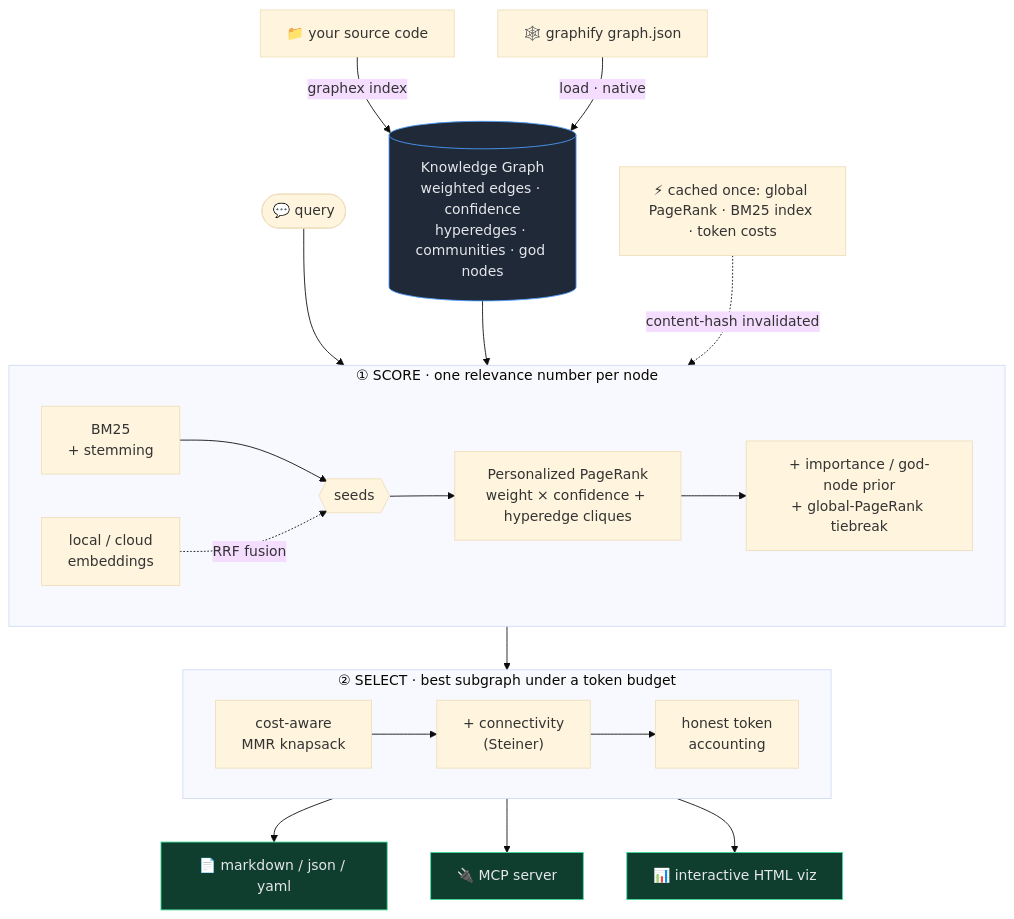
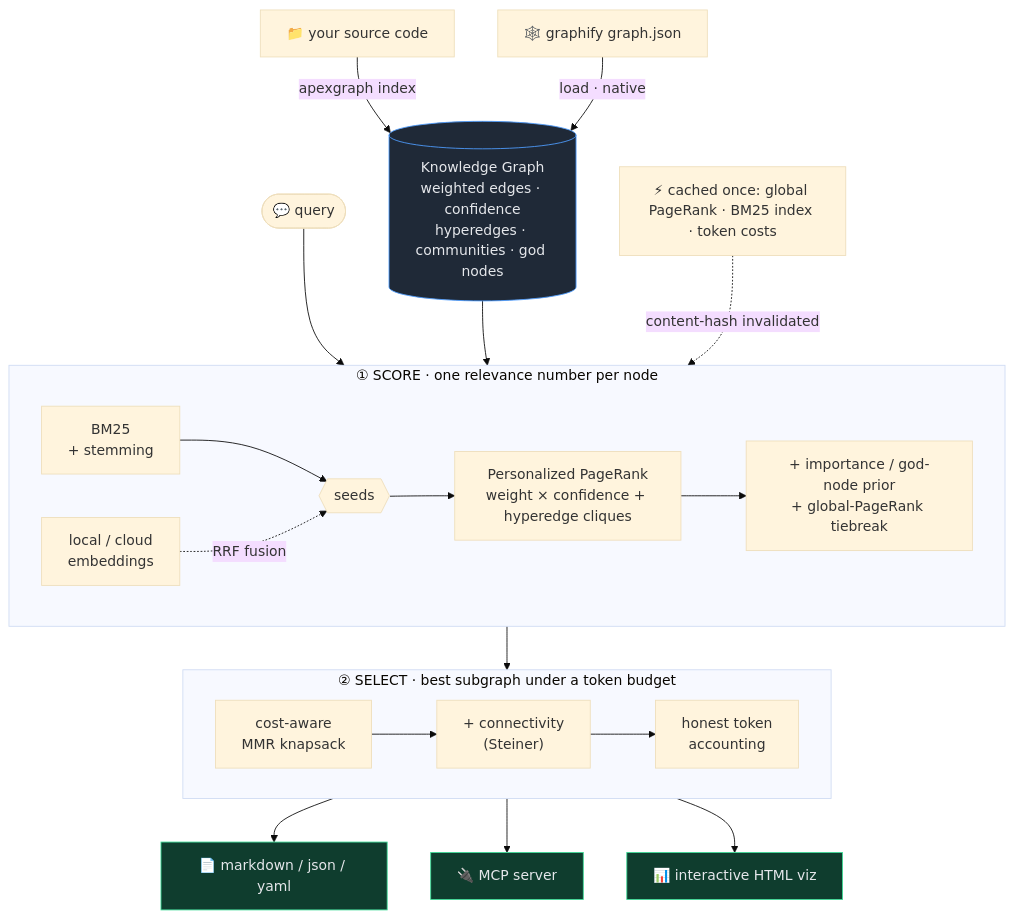
Before and after one commit to alfonsomayoral/apexgraph: the diagram in README.md, drawn with Mermaid (base theme). The commit also changed other lines of this file and 65 other files, not shown here.

````diff
--- a/README.md
+++ b/README.md
@@ -47,35 +47,35 @@
 ```mermaid
 flowchart TB
-    SRC["📁 your source code"] -->|"graphex index"| KG
+    SRC["📁 your source code"] -->|"apexgraph index"| KG
     GFY["🕸️ graphify graph.json"] -->|"load · native"| KG
     KG[("Knowledge Graph<br/>weighted edges · confidence<br/>hyperedges · communities · god nodes")]
 
     Q(["💬 query"]) --> SCORE
     KG --> SCORE
 
     subgraph SCORE ["① SCORE · one relevance number per node"]
       direction LR
       BM25["BM25<br/>+ stemming"] --> SEEDS{{seeds}}
       EMB["local / cloud<br/>embeddings"] -. "RRF fusion" .-> SEEDS
       SEEDS --> PPR["Personalized PageRank<br/>weight × confidence + hyperedge cliques"]
       PPR --> FUSE["+ importance / god-node prior<br/>+ global-PageRank tiebreak"]
     end
 
     subgraph SELECT ["② SELECT · best subgraph under a token budget"]
       direction LR
       KNAP["cost-aware<br/>MMR knapsack"] --> CONN["+ connectivity<br/>(Steiner)"]
       CONN --> COST["honest token<br/>accounting"]
     end
 
     FUSE --> SELECT
     SELECT --> MD["📄 markdown / json / yaml"]
     SELECT --> MCP["🔌 MCP server"]
     SELECT --> VIZ["📊 interactive HTML viz"]
 
     CACHE["⚡ cached once: global PageRank · BM25 index · token costs"] -. "content-hash invalidated" .-> SCORE
 
     classDef store fill:#1f2937,stroke:#4f9dff,color:#e5e7eb;
     classDef out fill:#0f3d2e,stroke:#3ddc97,color:#e5e7eb;
     class KG store;
     class MD,MCP,VIZ out;
 ```
````
